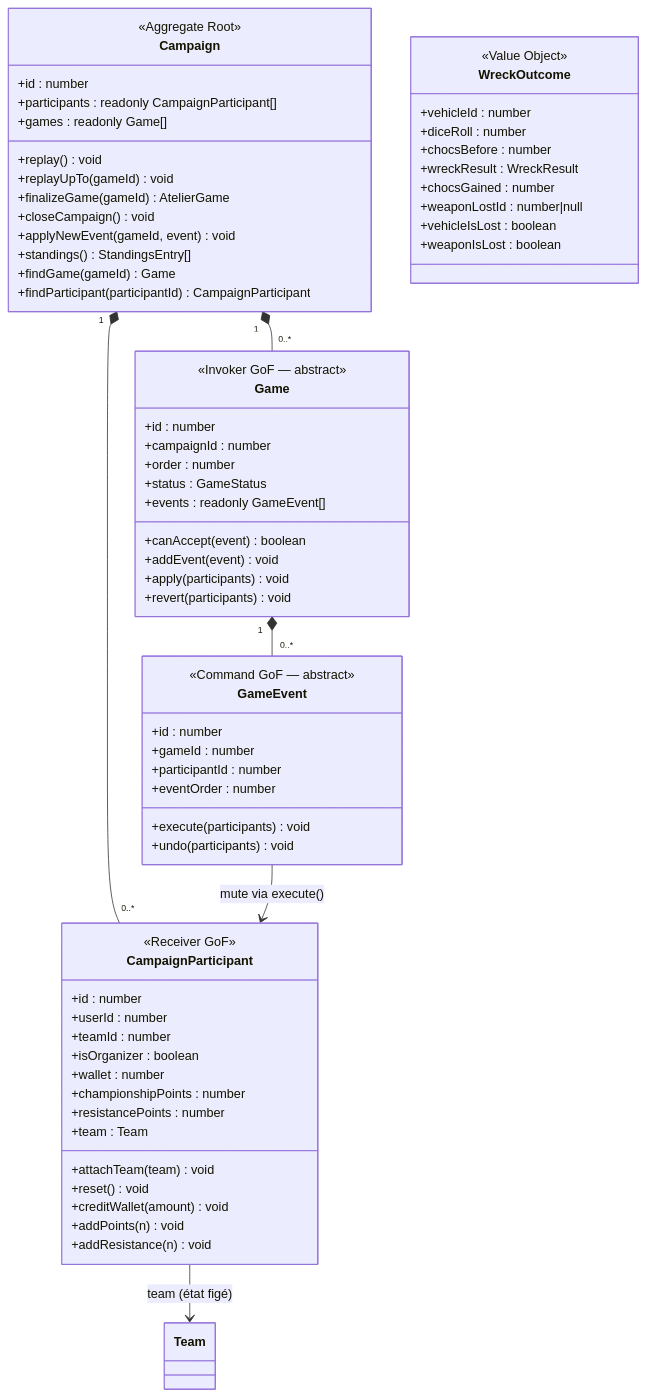
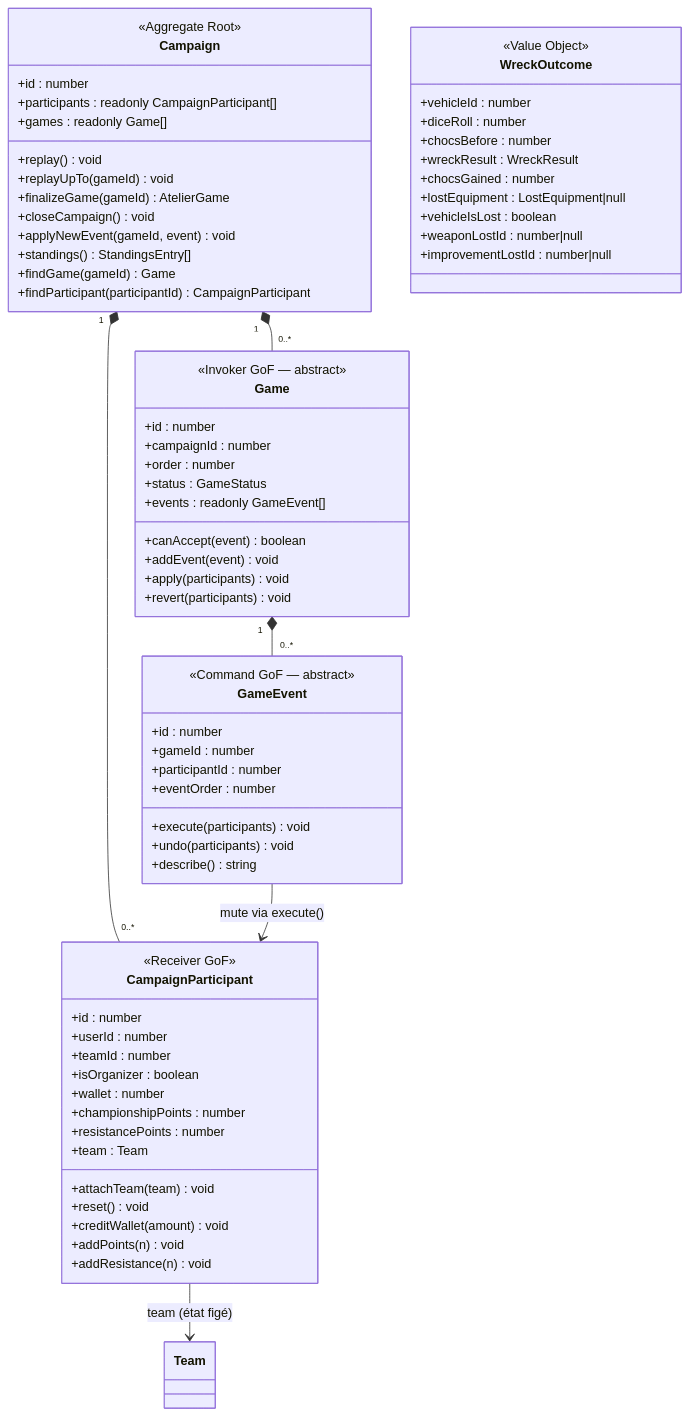
One commit to arnaudbracchetti/gaslands-manager changed the fourth of 4 diagrams in docs/DOMAIN_MODEL.md. Above: the diagram before and after it, drawn with Mermaid. The commit also changed other lines of this file and 71 other files, not shown here.

````diff
--- a/docs/DOMAIN_MODEL.md
+++ b/docs/DOMAIN_MODEL.md
@@ -394,77 +395,79 @@
 ```mermaid
 classDiagram
     direction TB
 
     class Campaign {
         <<Aggregate Root>>
         +id : number
         +participants : readonly CampaignParticipant[]
         +games : readonly Game[]
         +replay() void
         +replayUpTo(gameId) void
         +finalizeGame(gameId) AtelierGame
         +closeCampaign() void
         +applyNewEvent(gameId, event) void
         +standings() StandingsEntry[]
         +findGame(gameId) Game
         +findParticipant(participantId) CampaignParticipant
     }
 
     class CampaignParticipant {
         <<Receiver GoF>>
         +id : number
         +userId : number
         +teamId : number
         +isOrganizer : boolean
         +wallet : number
         +championshipPoints : number
         +resistancePoints : number
         +team : Team
         +attachTeam(team) void
         +reset() void
         +creditWallet(amount) void
         +addPoints(n) void
         +addResistance(n) void
     }
 
     class Game {
         <<Invoker GoF — abstract>>
         +id : number
         +campaignId : number
         +order : number
         +status : GameStatus
         +events : readonly GameEvent[]
         +canAccept(event) boolean
         +addEvent(event) void
         +apply(participants) void
         +revert(participants) void
     }
 
     class GameEvent {
         <<Command GoF — abstract>>
         +id : number
         +gameId : number
         +participantId : number
         +eventOrder : number
         +execute(participants) void
         +undo(participants) void
+        +describe() string
     }
 
     class WreckOutcome {
         <<Value Object>>
         +vehicleId : number
         +diceRoll : number
         +chocsBefore : number
         +wreckResult : WreckResult
         +chocsGained : number
+        +lostEquipment : LostEquipment|null
+        +vehicleIsLost : boolean
         +weaponLostId : number|null
-        +vehicleIsLost : boolean
-        +weaponIsLost : boolean
+        +improvementLostId : number|null
     }
 
     Campaign "1" *-- "0..*" CampaignParticipant
     Campaign "1" *-- "0..*" Game
     Game "1" *-- "0..*" GameEvent
     GameEvent --> CampaignParticipant : mute via execute()
     CampaignParticipant --> Team : team (état figé)
 ```
````
